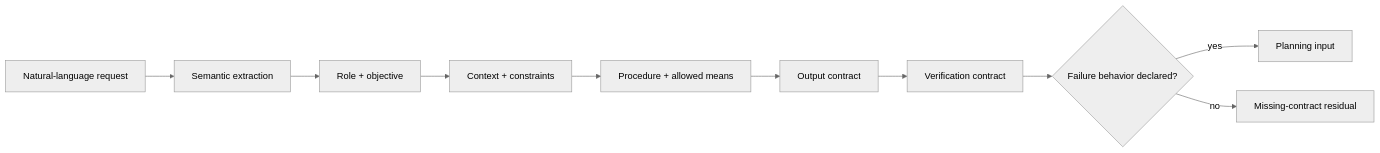
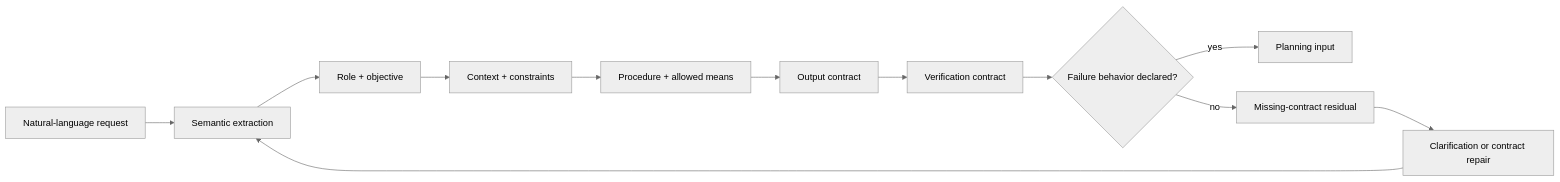
The diagram in chapters/command-contracts-and-semantic-interfaces.qmd (corbensorenson/asi-stack-book), drawn with Mermaid (neutral theme) before and after one commit. The commit also changed 20 other files, not shown here.

Commit message:
Raise diagram substance floor

````diff
--- a/chapters/command-contracts-and-semantic-interfaces.qmd
+++ b/chapters/command-contracts-and-semantic-interfaces.qmd
@@ -106,12 +106,14 @@
 ```{mermaid}
 flowchart LR
   A["Natural-language request"] --> B["Semantic extraction"]
   B --> C["Role + objective"]
   C --> D["Context + constraints"]
   D --> E["Procedure + allowed means"]
   E --> F["Output contract"]
   F --> G["Verification contract"]
   G --> H{"Failure behavior declared?"}
   H -- "yes" --> I["Planning input"]
   H -- "no" --> J["Missing-contract residual"]
+  J --> K["Clarification or contract repair"]
+  K --> B
 ```
````
